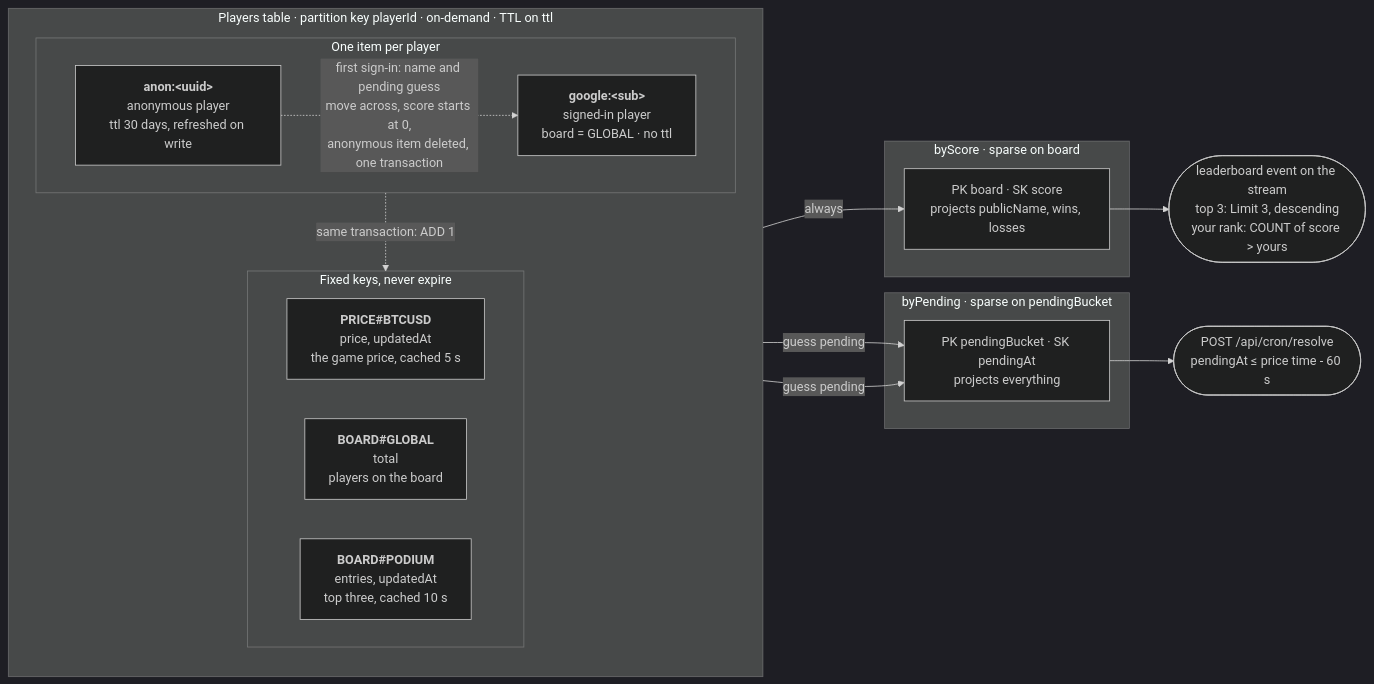
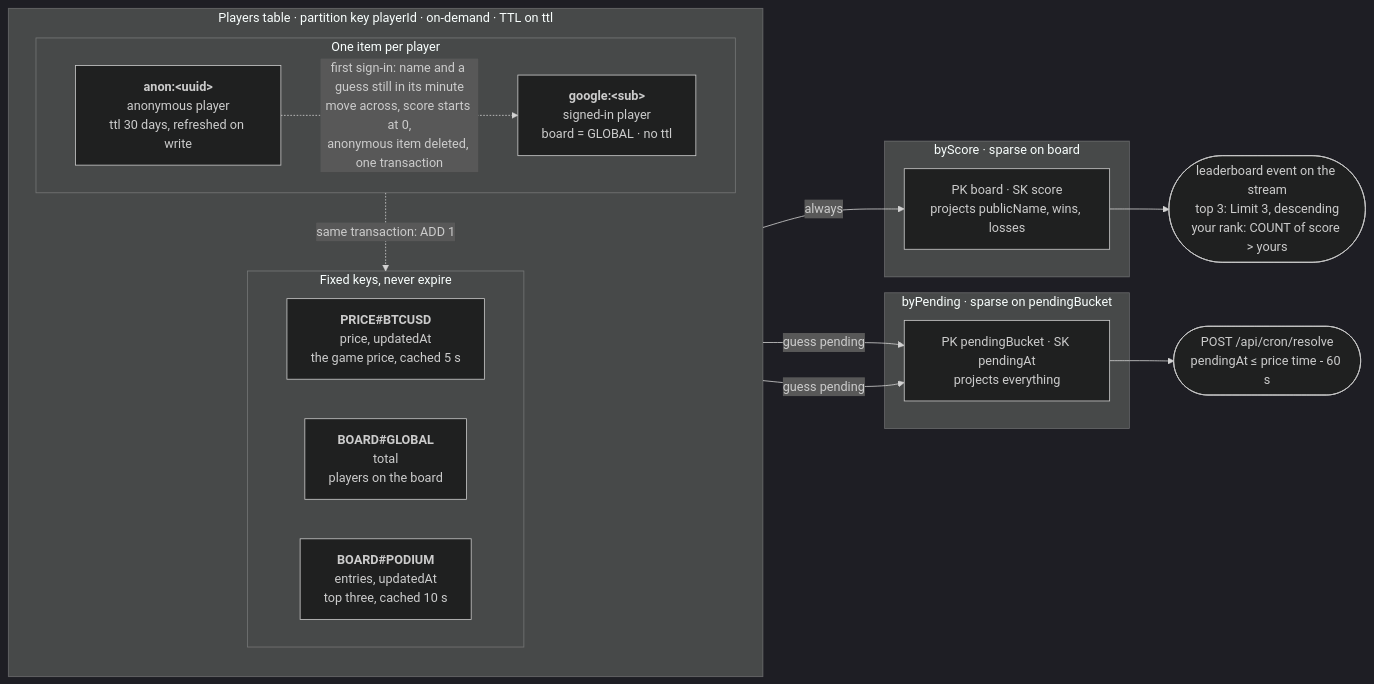
Before and after one commit to imcarvalho/epilot-btc: the diagram in docs/engineering-spec.md, drawn with Mermaid (dark theme). The commit also changed other lines of this file and 10 other files, not shown here.

````diff
--- a/docs/engineering-spec.md
+++ b/docs/engineering-spec.md
@@ -98,34 +98,34 @@
 ```mermaid
 flowchart LR
     subgraph table["Players table · partition key playerId · on-demand · TTL on ttl"]
         direction TB
         subgraph players["One item per player"]
             direction LR
             anon["<b>anon:&lt;uuid&gt;</b><br/>anonymous player<br/>ttl 30 days, refreshed on write"]
             google["<b>google:&lt;sub&gt;</b><br/>signed-in player<br/>board = GLOBAL · no ttl"]
         end
         subgraph shared["Fixed keys, never expire"]
             direction LR
             price["<b>PRICE#BTCUSD</b><br/>price, updatedAt<br/>the game price, cached 5 s"]
             total["<b>BOARD#GLOBAL</b><br/>total<br/>players on the board"]
             podium["<b>BOARD#PODIUM</b><br/>entries, updatedAt<br/>top three, cached 10 s"]
         end
     end
 
     subgraph byScore["byScore · sparse on board"]
         scoreKeys["PK board · SK score<br/>projects publicName, wins, losses"]
     end
 
     subgraph byPending["byPending · sparse on pendingBucket"]
         pendingKeys["PK pendingBucket · SK pendingAt<br/>projects everything"]
     end
 
-    anon -. "first sign-in: name and pending guess<br/>move across, score starts at 0,<br/>anonymous item deleted, one transaction" .-> google
+    anon -. "first sign-in: name and a guess still in its minute<br/>move across, score starts at 0,<br/>anonymous item deleted, one transaction" .-> google
     google -. "same transaction: ADD 1" .-> total
     google -- "always" --> scoreKeys
     anon -- "guess pending" --> pendingKeys
     google -- "guess pending" --> pendingKeys
 
     scoreKeys --> leaderboard(["leaderboard event on the stream<br/>top 3: Limit 3, descending<br/>your rank: COUNT of score &gt; yours"])
     pendingKeys --> sweep(["POST /api/cron/resolve<br/>pendingAt ≤ price time - 60 s"])
 ```
````
